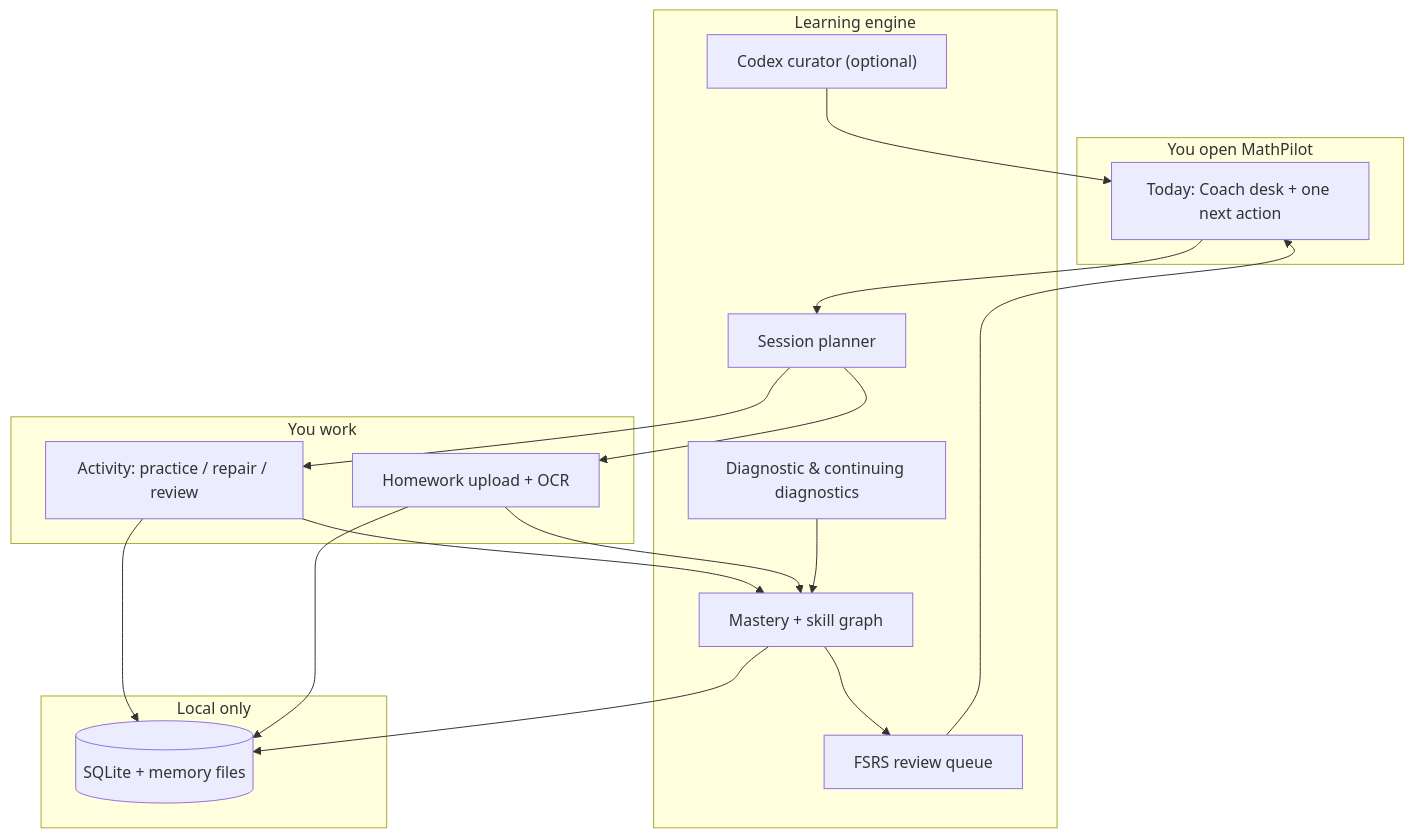
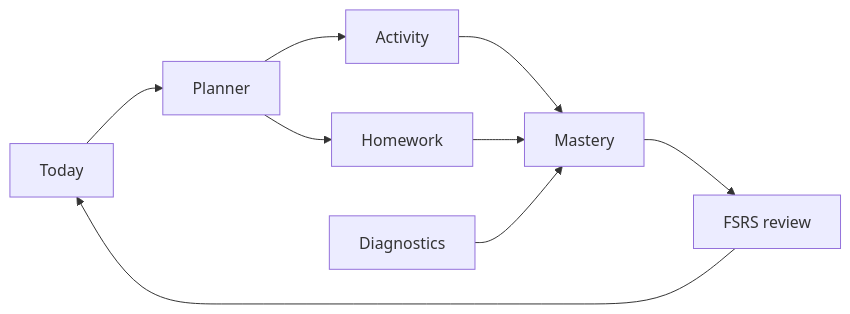
The diagram in README.md (ezzy1630/MathPilot), drawn with Mermaid before and after one commit. The commit also changed other lines of this file and 7 other files, not shown here.

````diff
--- a/README.md
+++ b/README.md
@@ -107,36 +61,11 @@
 ```mermaid
-flowchart TB
-  subgraph open["You open MathPilot"]
-    T["Today: Coach desk + one next action"]
-  end
-
-  subgraph engine["Learning engine"]
-    D["Diagnostic & continuing diagnostics"]
-    C["Codex curator (optional)"]
-    M["Mastery + skill graph"]
-    R["FSRS review queue"]
-    P["Session planner"]
-  end
-
-  subgraph work["You work"]
-    A["Activity: practice / repair / review"]
-    H["Homework upload + OCR"]
-  end
-
-  subgraph local["Local only"]
-    S[("SQLite + memory files")]
-  end
-
-  T --> P
-  P --> A
-  P --> H
-  A --> M
+flowchart LR
+  T[Today] --> P[Planner]
+  P --> A[Activity]
+  P --> H[Homework]
+  A --> M[Mastery]
   H --> M
-  M --> R
-  D --> M
-  C --> T
-  A --> S
-  H --> S
-  M --> S
+  M --> R[FSRS review]
   R --> T
+  D[Diagnostics] --> M
 ```
````
